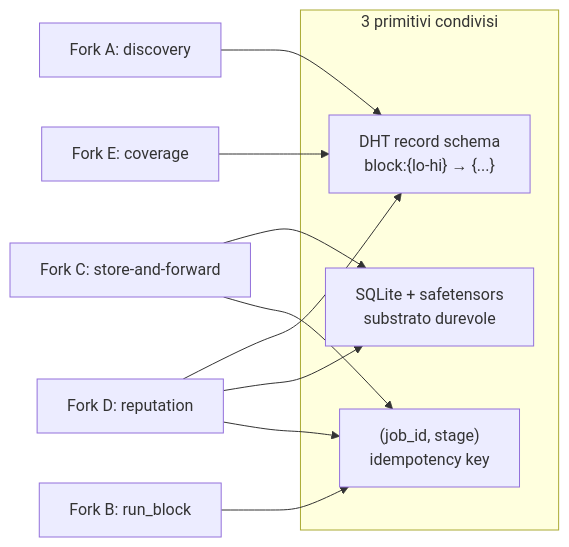
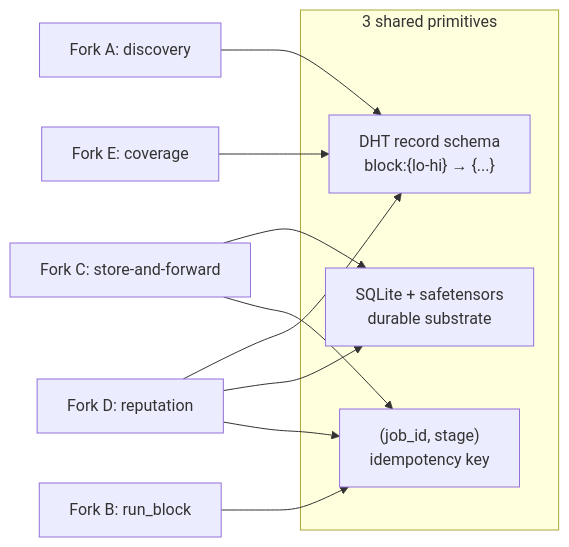
Before and after one commit to babelfornet/eujeno: the diagram in docs/decisions/ADR-0001-implementation-forks.md, drawn with Mermaid. The commit also changed other lines of this file and 34 other files, not shown here.

````diff
--- a/docs/decisions/ADR-0001-implementation-forks.md
+++ b/docs/decisions/ADR-0001-implementation-forks.md
@@ -34,16 +34,16 @@
 ```mermaid
 graph LR
-    subgraph Shared["3 primitivi condivisi"]
+    subgraph Shared["3 shared primitives"]
         REC["DHT record schema<br/>block:{lo-hi} → {...}"]
-        SUB["SQLite + safetensors<br/>substrato durevole"]
+        SUB["SQLite + safetensors<br/>durable substrate"]
         KEY["(job_id, stage)<br/>idempotency key"]
     end
     A[Fork A: discovery] --> REC
     E[Fork E: coverage] --> REC
     D[Fork D: reputation] --> REC
     C[Fork C: store-and-forward] --> SUB
     D --> SUB
     C --> KEY
     B[Fork B: run_block] --> KEY
     D --> KEY
 ```
````
